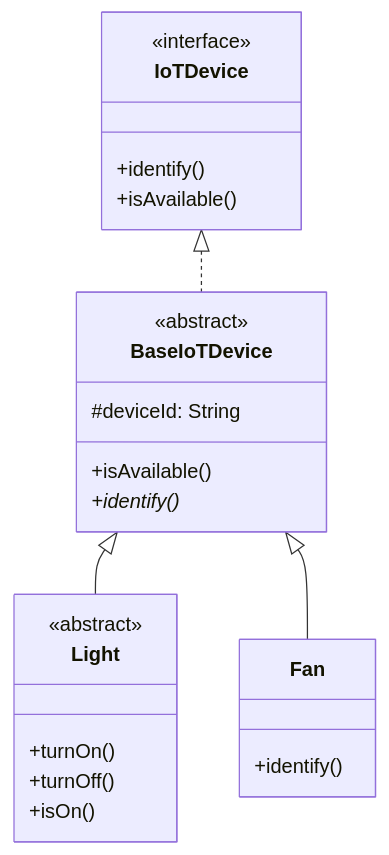
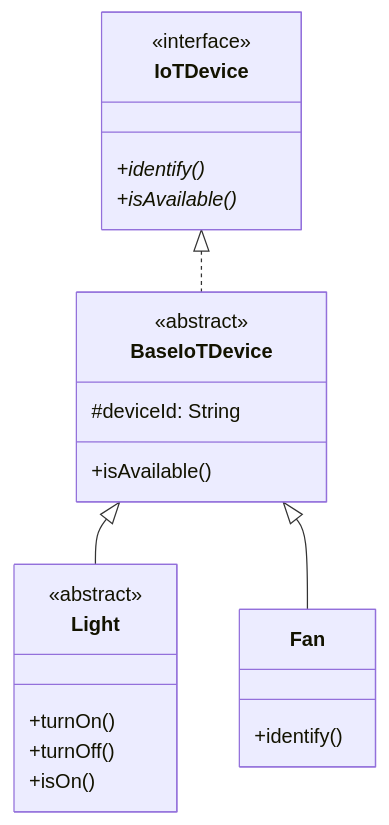
The second of 14 diagrams in lecture-slides-spertus/l2-inheritance-polymorphism.mdx (neu-pdi/cs3100-public-resources), drawn with Mermaid before and after one commit. The commit also changed other lines of this file and 3 other files, not shown here.

````diff
--- a/lecture-slides-spertus/l2-inheritance-polymorphism.mdx
+++ b/lecture-slides-spertus/l2-inheritance-polymorphism.mdx
@@ -274,26 +280,25 @@
 ```mermaid
 classDiagram
     class IoTDevice {
         <<interface>>
-        +identify()
-        +isAvailable()
+        +identify()*
+        +isAvailable()*
     }
     class BaseIoTDevice {
         <<abstract>>
         #deviceId: String
         +isAvailable()
-        +identify()*
     }
     class Light {
         <<abstract>>
         +turnOn()
         +turnOff()
         +isOn()
     }
     class Fan {
         +identify()
     }
     IoTDevice <|.. BaseIoTDevice
     BaseIoTDevice <|-- Light
     BaseIoTDevice <|-- Fan
 ```
````
